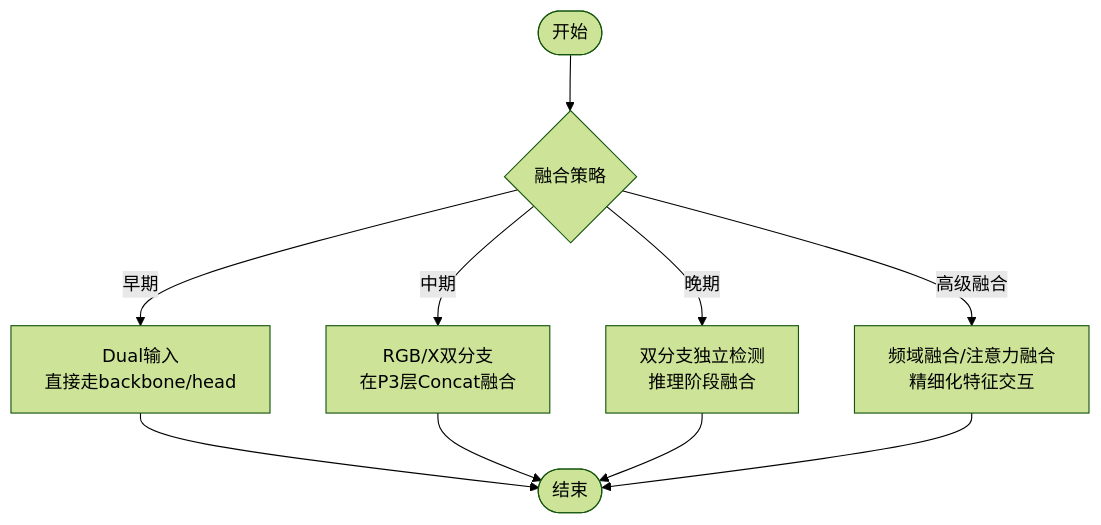
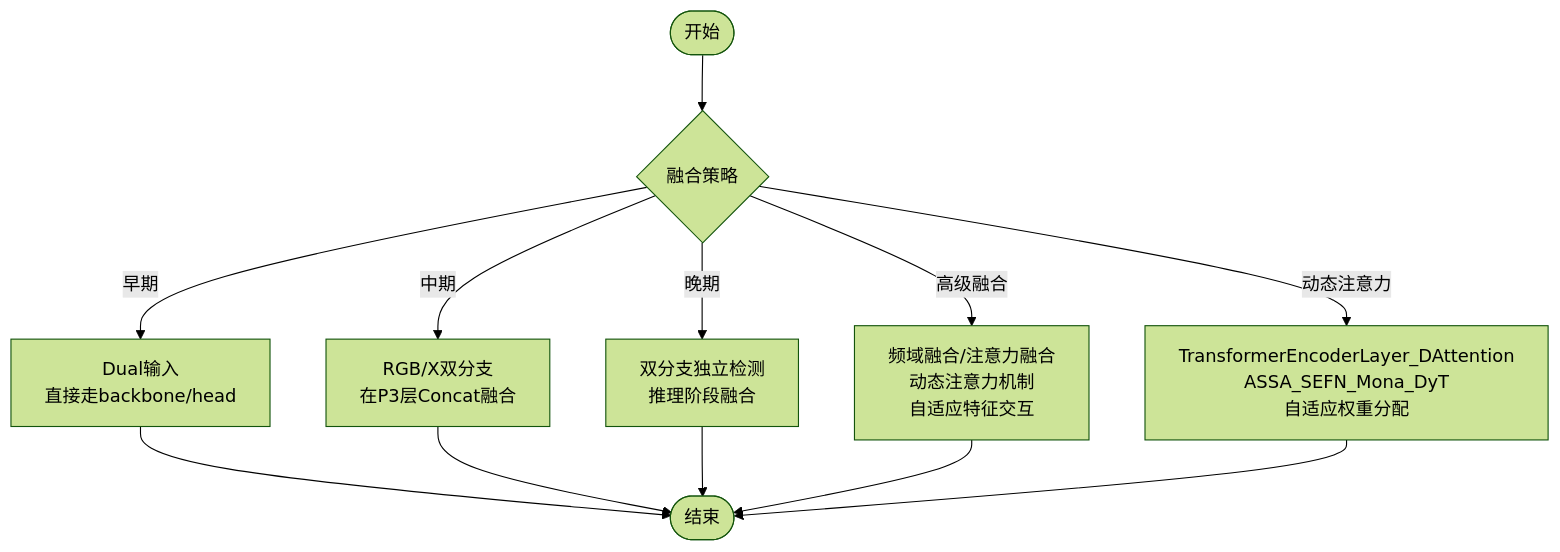
One commit to 2208754827/MM-IMPROVE changed the third of 6 diagrams in .qoder/repowiki/zh/content/模型配置与管理/模型配置与管理.md. Above: the diagram before and after it, drawn with Mermaid (forest theme). The commit also changed other lines of this file and 411 other files, not shown here.

````diff
--- a/.qoder/repowiki/zh/content/模型配置与管理/模型配置与管理.md
+++ b/.qoder/repowiki/zh/content/模型配置与管理/模型配置与管理.md
@@ -167,12 +198,14 @@
 ```mermaid
 flowchart TD
 Start(["开始"]) --> Mode{"融合策略"}
 Mode --> |早期| EF["Dual输入<br/>直接走backbone/head"]
 Mode --> |中期| MF["RGB/X双分支<br/>在P3层Concat融合"]
 Mode --> |晚期| LF["双分支独立检测<br/>推理阶段融合"]
-Mode --> |高级融合| HF["频域融合/注意力融合<br/>精细化特征交互"]
+Mode --> |高级融合| HF["频域融合/注意力融合<br/>动态注意力机制<br/>自适应特征交互"]
+Mode --> |动态注意力| DA["TransformerEncoderLayer_DAttention<br/>ASSA_SEFN_Mona_DyT<br/>自适应权重分配"]
 EF --> End(["结束"])
 MF --> End
 LF --> End
 HF --> End
+DA --> End
 ```
````
